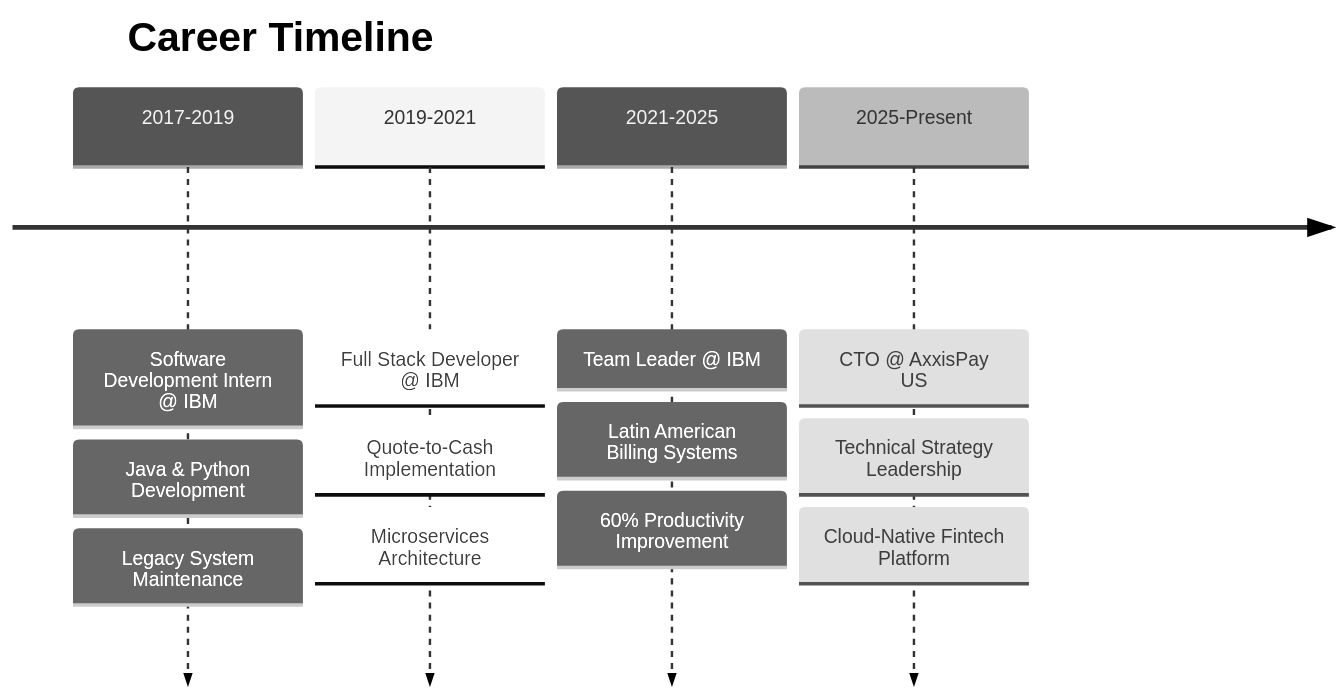
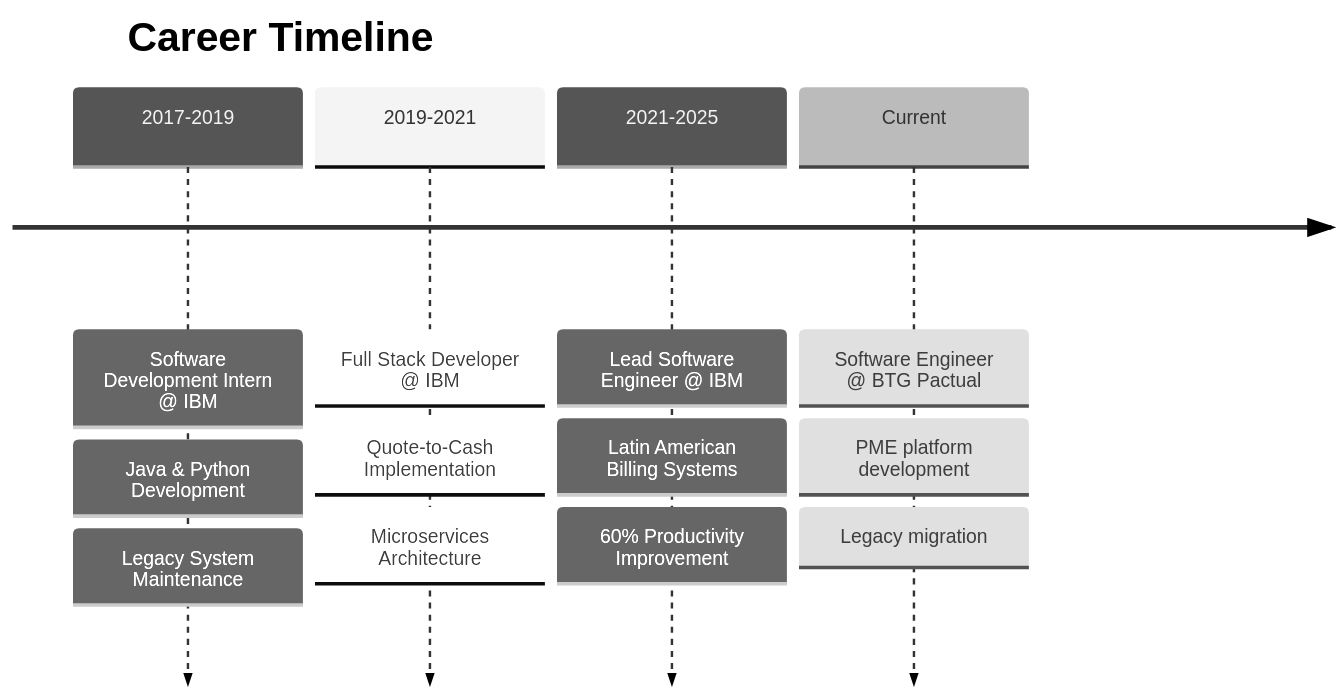
The diagram in README.md (hgthome/hgthome), drawn with Mermaid (neutral theme) before and after one commit. The commit also changed other lines of this file, not shown here.

````diff
--- a/README.md
+++ b/README.md
@@ -53,16 +53,16 @@
 ```mermaid
 timeline
     title Career Timeline
     2017-2019 : Software Development Intern @ IBM
               : Java & Python Development
               : Legacy System Maintenance
     2019-2021 : Full Stack Developer @ IBM
               : Quote-to-Cash Implementation
               : Microservices Architecture
-    2021-2025 : Team Leader @ IBM
+    2021-2025 : Lead Software Engineer @ IBM
               : Latin American Billing Systems
               : 60% Productivity Improvement
-    2025-Present : CTO @ AxxisPay US
-                 : Technical Strategy Leadership
-                 : Cloud-Native Fintech Platform
+    Current   : Software Engineer @ BTG Pactual
+              : PME platform development
+              : Legacy migration
 ```
````
